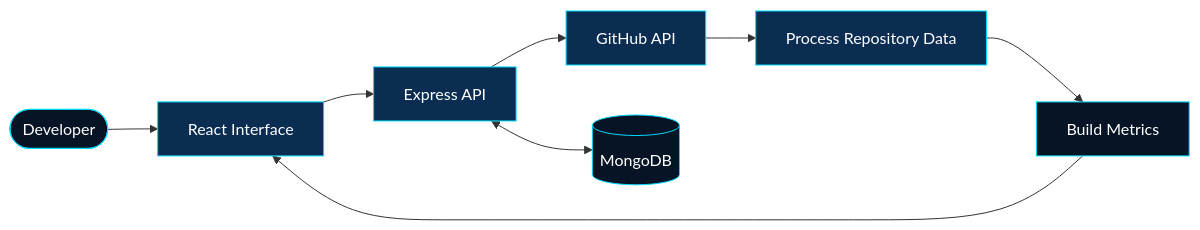
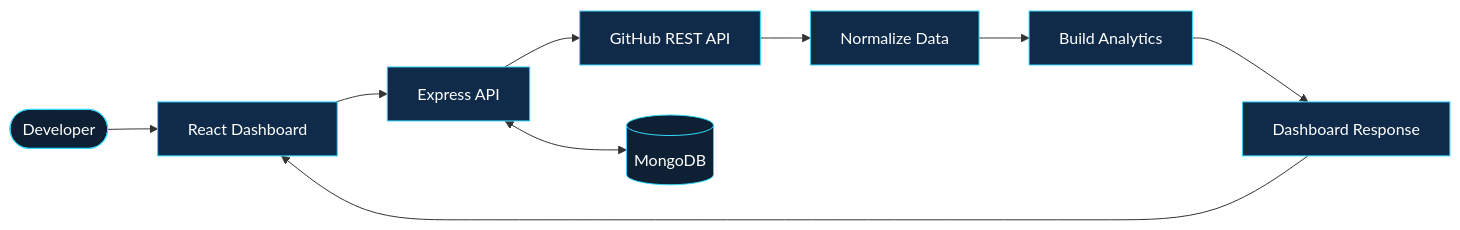
The first of 2 diagrams in README.md (Priyanka170974/Priyanka170974), drawn with Mermaid before and after one commit. The commit also changed other lines of this file, not shown here.

````diff
--- a/README.md
+++ b/README.md
@@ -66,18 +72,16 @@
 ```mermaid
 flowchart LR
-    U([Developer]) --> UI[React Interface]
-    UI --> API[Express API]
-    API --> GH[GitHub API]
-    API <--> DB[(MongoDB)]
-    GH --> P[Process Repository Data]
-    P --> M[Build Metrics]
-    M --> UI
+    A(["Developer"]) --> B["React Dashboard"]
+    B --> C["Express API"]
+    C --> D["GitHub REST API"]
+    C <--> E[("MongoDB")]
+    D --> F["Normalize Data"]
+    F --> G["Build Analytics"]
+    G --> H["Dashboard Response"]
+    H --> B
 
-    style U fill:#071426,stroke:#00D9FF,color:#FFFFFF
-    style UI fill:#0B2D52,stroke:#00D9FF,color:#FFFFFF
-    style API fill:#0B2D52,stroke:#00D9FF,color:#FFFFFF
-    style GH fill:#0B2D52,stroke:#00D9FF,color:#FFFFFF
-    style DB fill:#071426,stroke:#00D9FF,color:#FFFFFF
-    style P fill:#0B2D52,stroke:#00D9FF,color:#FFFFFF
-    style M fill:#071426,stroke:#00D9FF,color:#FFFFFF
+    classDef node fill:#0D2034,stroke:#35D9FF,color:#FFFFFF
+    classDef core fill:#102B49,stroke:#35D9FF,color:#FFFFFF
+    class A,E node
+    class B,C,D,F,G,H core
 ```
````
